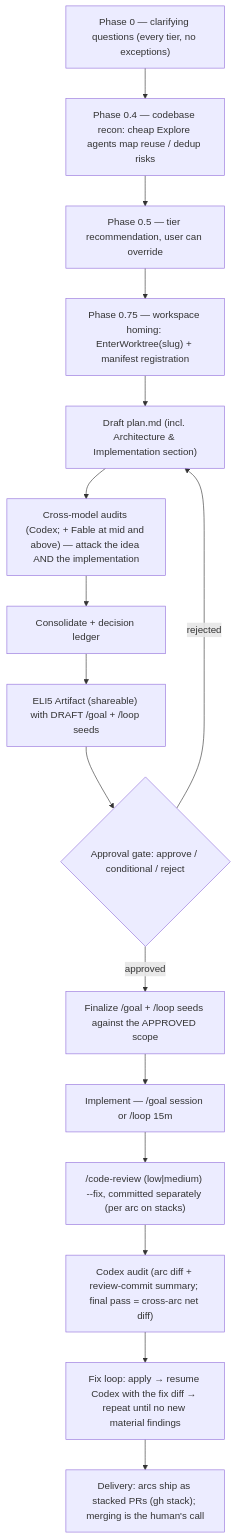
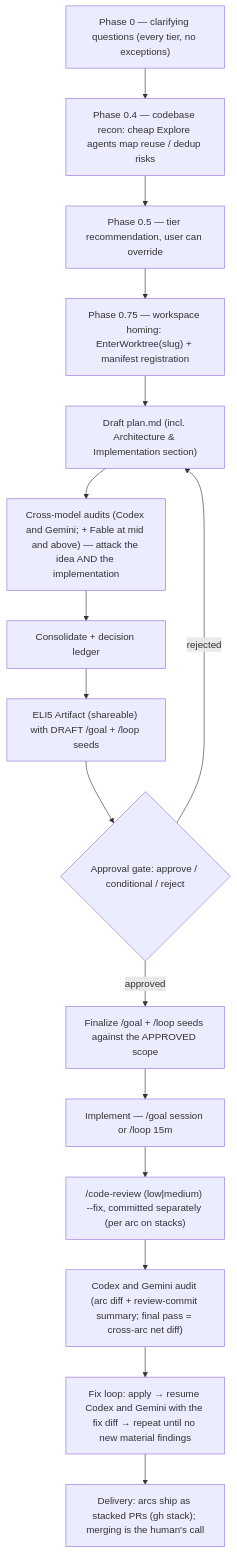
One commit to alejoamiras/aa-skills changed the diagram in skills/blueprint/README.md. Above: the diagram before and after it, drawn with Mermaid. The commit also changed other lines of this file and 3 other files, not shown here.

First line of the commit message:
feat(blueprint): Gemini as a third review leg

````diff
--- a/skills/blueprint/README.md
+++ b/skills/blueprint/README.md
@@ -28,18 +28,18 @@
 ```mermaid
 flowchart TD
     Q["Phase 0 — clarifying questions (every tier, no exceptions)"] --> RC["Phase 0.4 — codebase recon: cheap Explore agents map reuse / dedup risks"]
     RC --> R["Phase 0.5 — tier recommendation, user can override"]
     R --> W["Phase 0.75 — workspace homing: EnterWorktree(slug) + manifest registration"]
     W --> D["Draft plan.md (incl. Architecture & Implementation section)"]
-    D --> A["Cross-model audits (Codex; + Fable at mid and above) — attack the idea AND the implementation"]
+    D --> A["Cross-model audits (Codex and Gemini; + Fable at mid and above) — attack the idea AND the implementation"]
     A --> C["Consolidate + decision ledger"]
     C --> E["ELI5 Artifact (shareable) with DRAFT /goal + /loop seeds"]
     E --> G{"Approval gate: approve / conditional / reject"}
     G -- "rejected" --> D
     G -- "approved" --> S["Finalize /goal + /loop seeds against the APPROVED scope"]
     S --> I["Implement — /goal session or /loop 15m"]
     I --> V["/code-review (low|medium) --fix, committed separately (per arc on stacks)"]
-    V --> P["Codex audit (arc diff + review-commit summary; final pass = cross-arc net diff)"]
-    P --> F["Fix loop: apply → resume Codex with the fix diff → repeat until no new material findings"]
+    V --> P["Codex and Gemini audit (arc diff + review-commit summary; final pass = cross-arc net diff)"]
+    P --> F["Fix loop: apply → resume Codex and Gemini with the fix diff → repeat until no new material findings"]
     F --> T["Delivery: arcs ship as stacked PRs (gh stack); merging is the human's call"]
 ```
````
